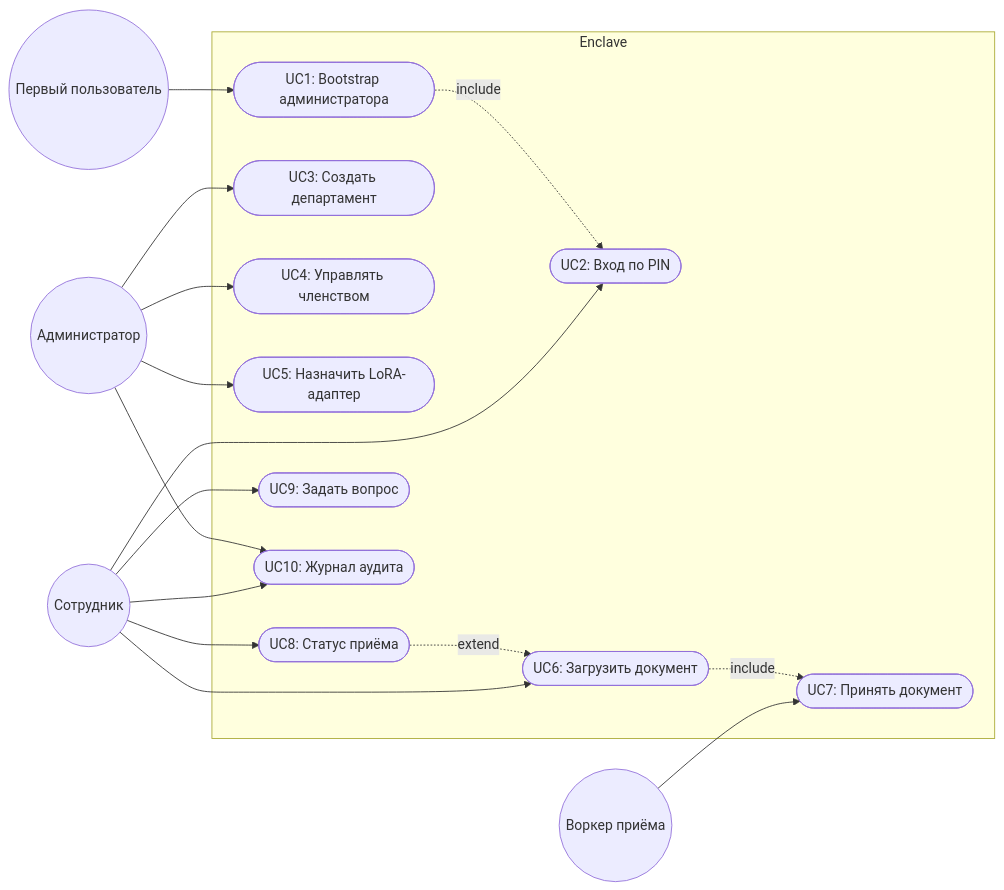
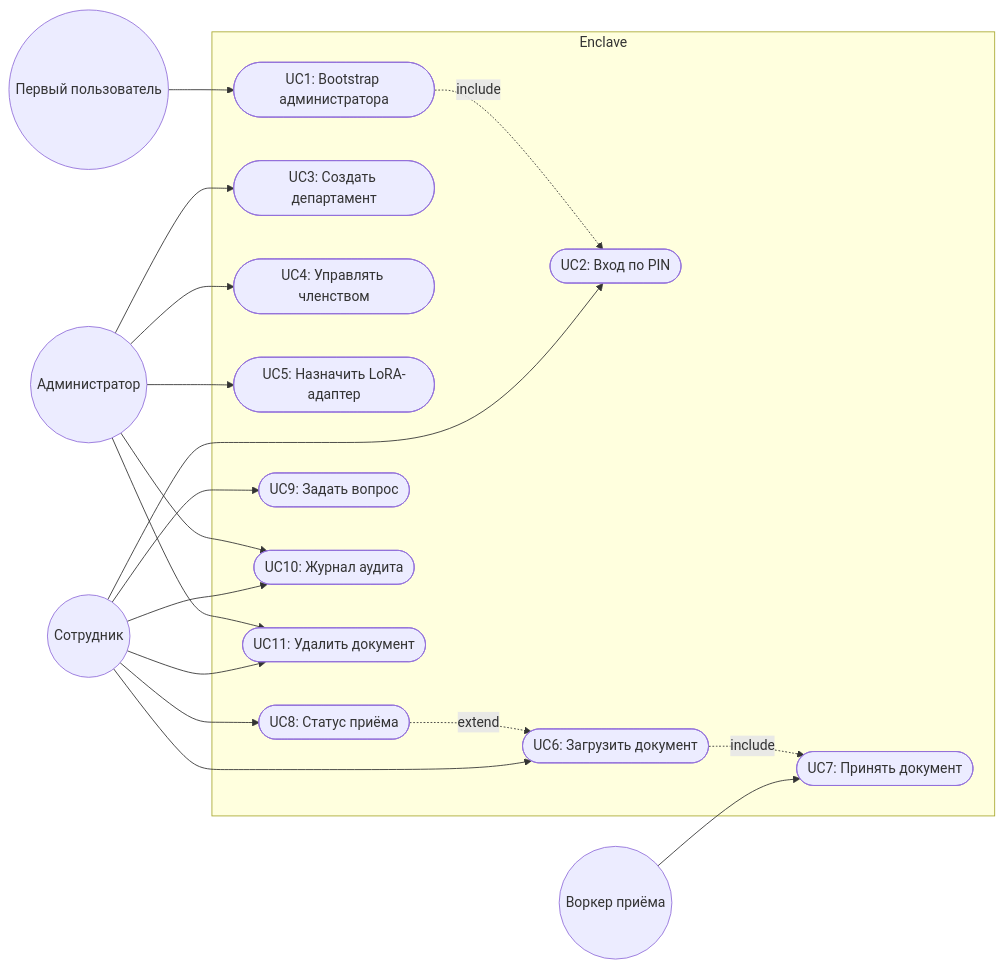
The first of 7 diagrams in Enclave — Design Document.md (Vladee101/enclave), drawn with Mermaid before and after one commit. The commit also changed other lines of this file and 12 other files, not shown here.

````diff
--- a/Enclave — Design Document.md
+++ b/Enclave — Design Document.md
@@ -205,36 +217,39 @@
 ```mermaid
 flowchart LR
   First((Первый пользователь))
   Emp((Сотрудник))
   Admin((Администратор))
   Worker((Воркер приёма))
 
   subgraph Enclave
     UC1([UC1: Bootstrap администратора])
     UC2([UC2: Вход по PIN])
     UC3([UC3: Создать департамент])
     UC4([UC4: Управлять членством])
     UC5([UC5: Назначить LoRA-адаптер])
     UC6([UC6: Загрузить документ])
     UC7([UC7: Принять документ])
     UC8([UC8: Статус приёма])
     UC9([UC9: Задать вопрос])
     UC10([UC10: Журнал аудита])
+    UC11([UC11: Удалить документ])
   end
 
   First --> UC1
   Emp --> UC2
   Emp --> UC6
   Emp --> UC8
   Emp --> UC9
   Emp --> UC10
+  Emp --> UC11
   Admin --> UC3
   Admin --> UC4
   Admin --> UC5
   Admin --> UC10
+  Admin --> UC11
   Worker --> UC7
 
   UC1 -.include.-> UC2
   UC6 -.include.-> UC7
   UC8 -.extend.-> UC6
 ```
````
